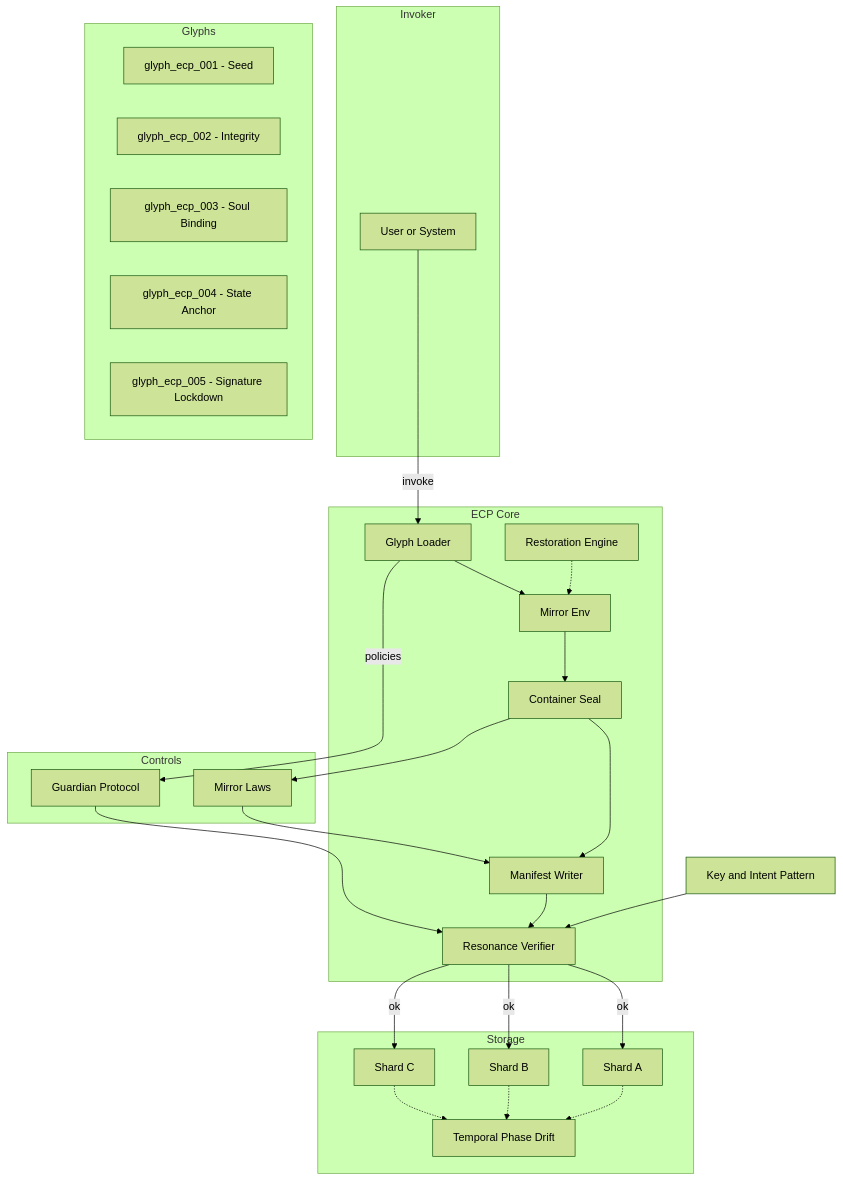
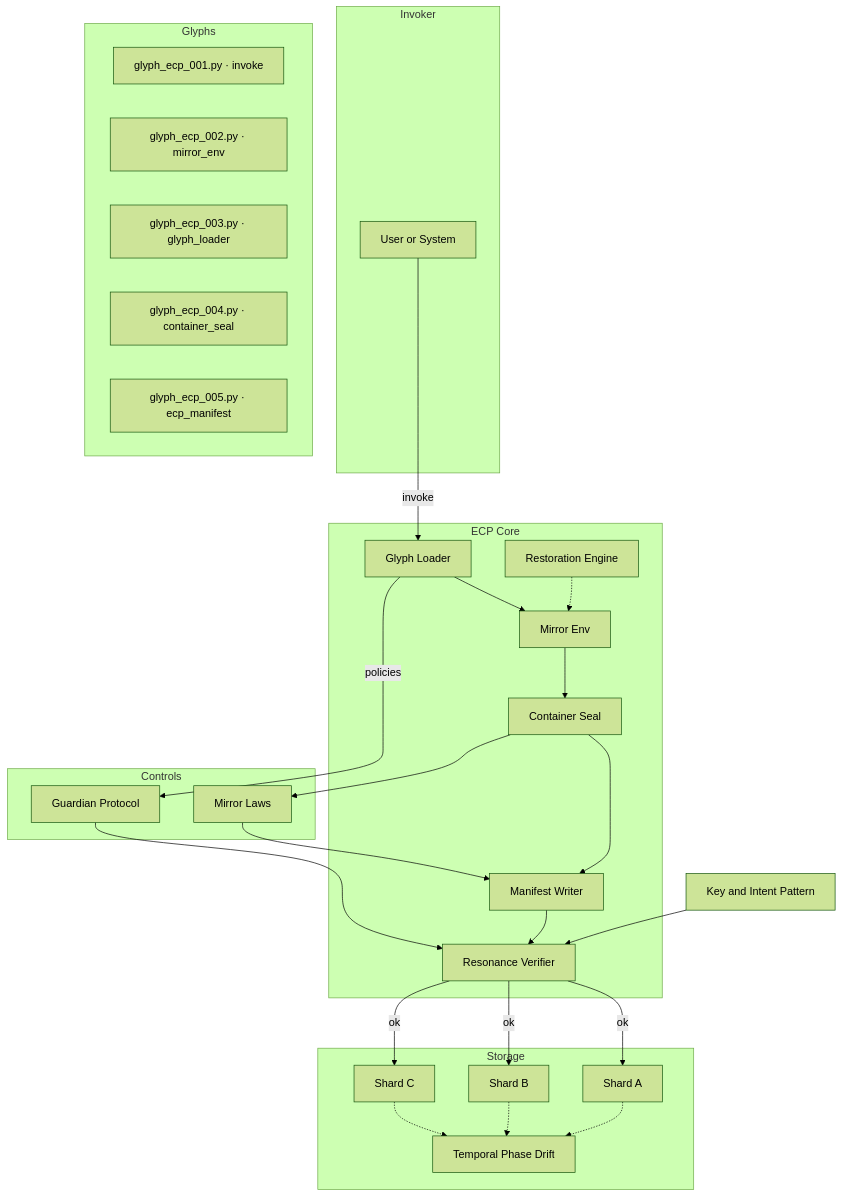
Before and after one commit to S1ngularD2ality/eidonic-language-elol: the first of 2 diagrams in eidonic_container_protocol/README.md, drawn with Mermaid (forest theme). The commit also changed other lines of this file, not shown here.

````diff
--- a/eidonic_container_protocol/README.md
+++ b/eidonic_container_protocol/README.md
@@ -44,59 +45,59 @@
 ```mermaid
 flowchart TD
   %% Groups
   subgraph Invoker
     U[User or System]
   end
 
   subgraph ECP_Core[ECP Core]
     LOADER[Glyph Loader]
     ENV[Mirror Env]
     SEAL[Container Seal]
     MANIFEST[Manifest Writer]
     VERIFY[Resonance Verifier]
     RESTORE[Restoration Engine]
   end
 
   subgraph Glyphs
-    G001[glyph_ecp_001 - Seed]
-    G002[glyph_ecp_002 - Integrity]
-    G003[glyph_ecp_003 - Soul Binding]
-    G004[glyph_ecp_004 - State Anchor]
-    G005[glyph_ecp_005 - Signature Lockdown]
+    G001[glyph_ecp_001.py · invoke]
+    G002[glyph_ecp_002.py · mirror_env]
+    G003[glyph_ecp_003.py · glyph_loader]
+    G004[glyph_ecp_004.py · container_seal]
+    G005[glyph_ecp_005.py · ecp_manifest]
   end
 
   subgraph Controls
     GUARD[Guardian Protocol]
     LAWS[Mirror Laws]
   end
 
   subgraph Storage
     SH1[Shard A]
     SH2[Shard B]
     SH3[Shard C]
     DRIFT[Temporal Phase Drift]
   end
 
   KEY[Key and Intent Pattern]
 
   %% Flow
   U -->|invoke| LOADER
   LOADER --> ENV
   ENV --> SEAL
   SEAL --> MANIFEST
   MANIFEST --> VERIFY
   VERIFY -->|ok| SH1
   VERIFY -->|ok| SH2
   VERIFY -->|ok| SH3
   SH1 -.-> DRIFT
   SH2 -.-> DRIFT
   SH3 -.-> DRIFT
 
   %% Policy links
   LOADER -->|policies| GUARD
   SEAL --> LAWS
   LAWS --> MANIFEST
   GUARD --> VERIFY
   KEY --> VERIFY
   RESTORE -.-> ENV
 ```
````
